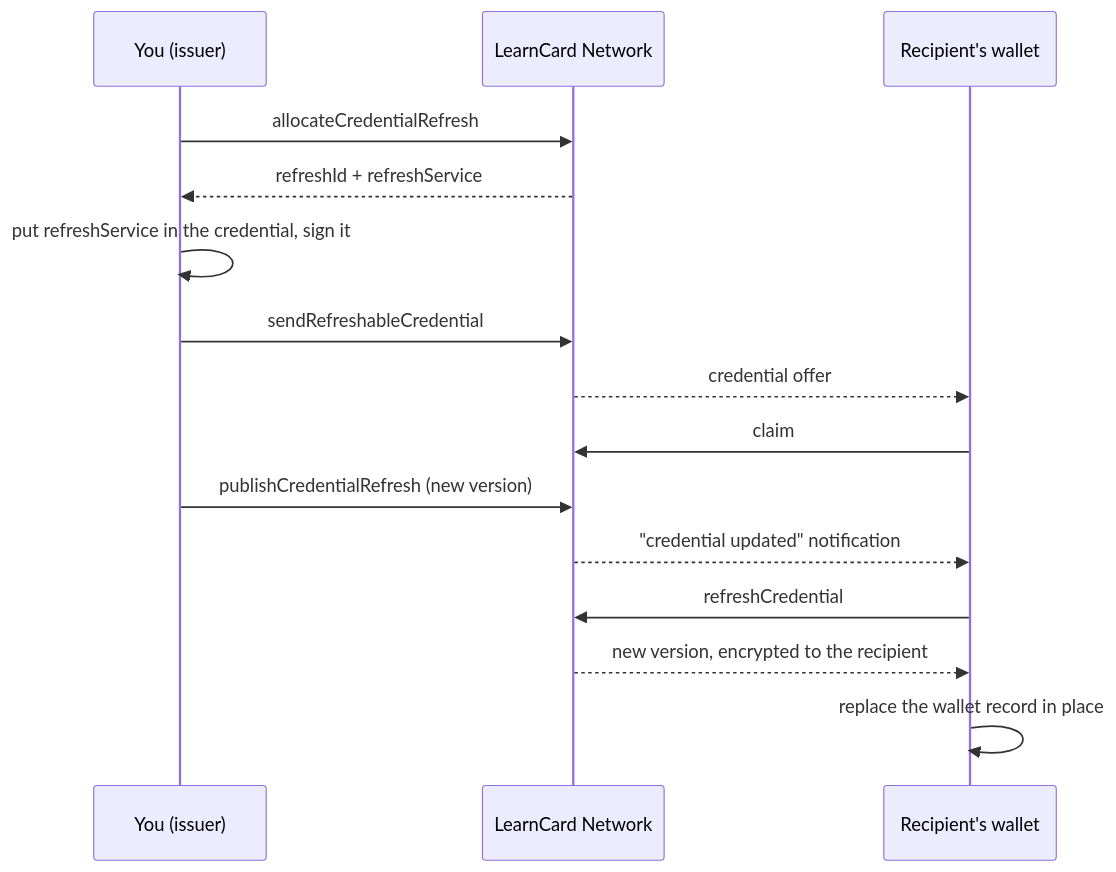
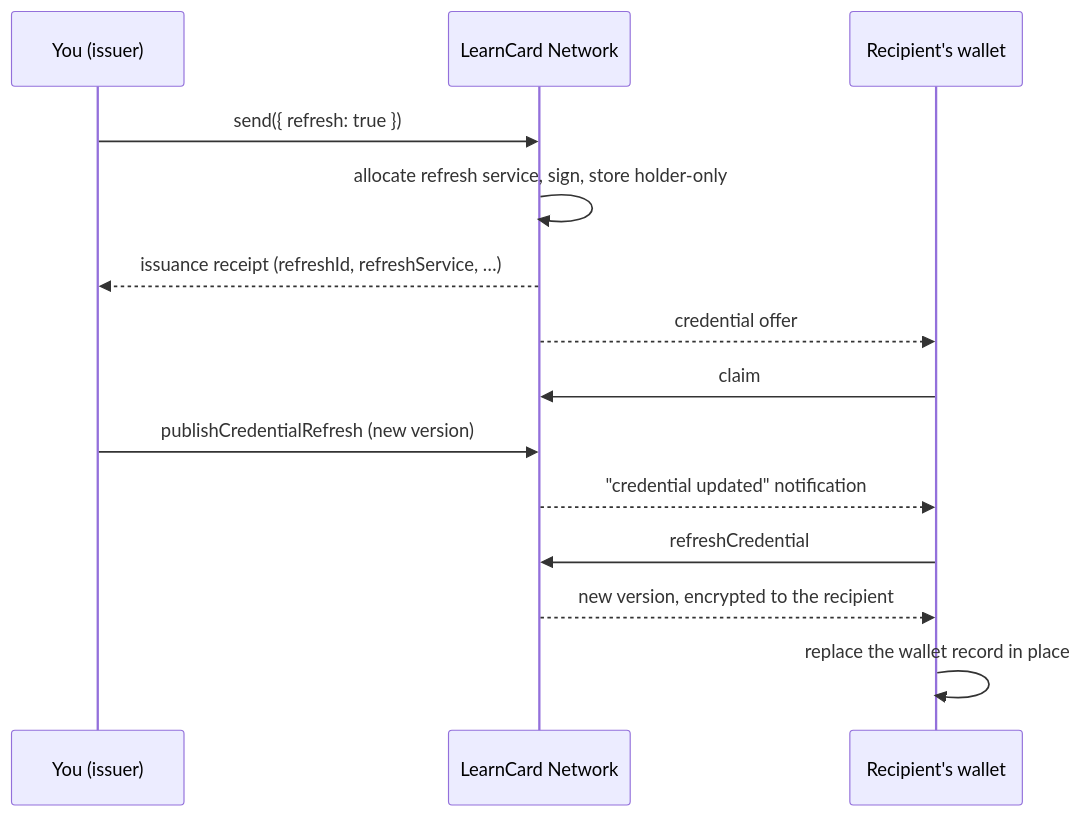
The diagram in docs/how-to-guides/issue-and-refresh-a-managed-credential.md (learningeconomy/LearnCard), drawn with Mermaid before and after one commit. The commit also changed other lines of this file and 8 other files, not shown here.

````diff
--- a/docs/how-to-guides/issue-and-refresh-a-managed-credential.md
+++ b/docs/how-to-guides/issue-and-refresh-a-managed-credential.md
@@ -11,18 +11,17 @@
 ```mermaid
 sequenceDiagram
     participant I as You (issuer)
     participant N as LearnCard Network
     participant H as Recipient's wallet
 
-    I->>N: allocateCredentialRefresh
-    N-->>I: refreshId + refreshService
-    I->>I: put refreshService in the credential, sign it
-    I->>N: sendRefreshableCredential
+    I->>N: send({ refresh: true })
+    N->>N: allocate refresh service, sign, store holder-only
+    N-->>I: issuance receipt (refreshId, refreshService, …)
     N-->>H: credential offer
     H->>N: claim
     I->>N: publishCredentialRefresh (new version)
     N-->>H: "credential updated" notification
     H->>N: refreshCredential
     N-->>H: new version, encrypted to the recipient
     H->>H: replace the wallet record in place
 ```
````
